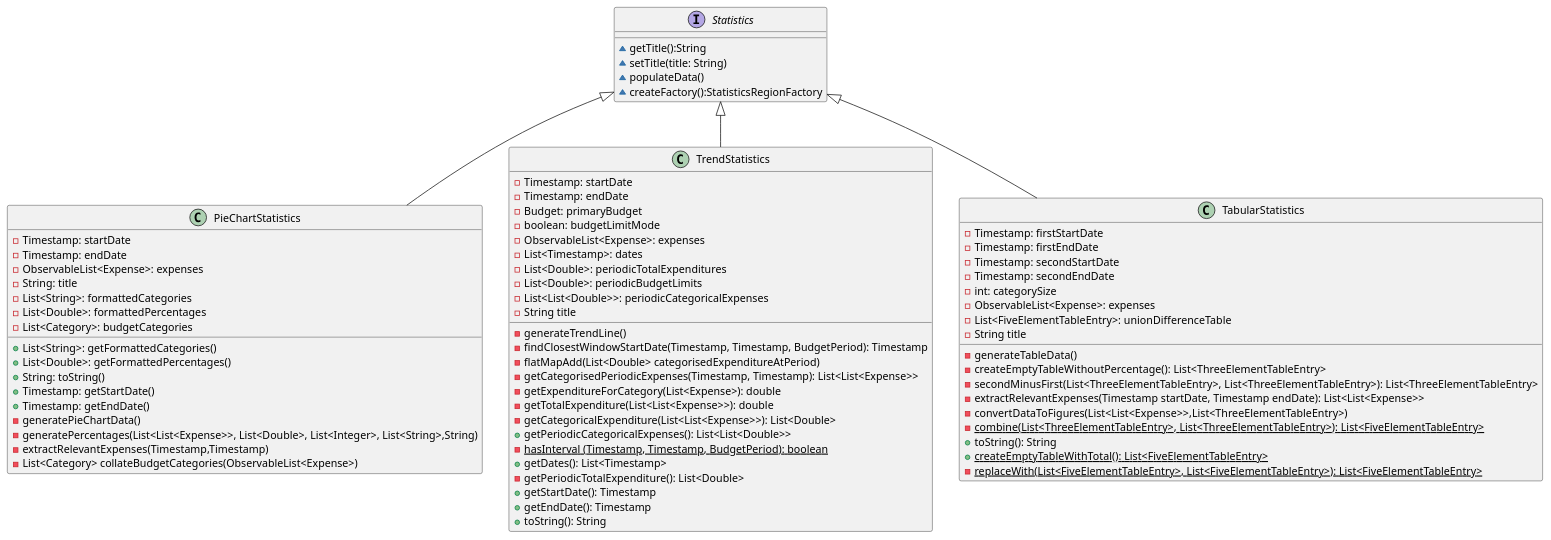
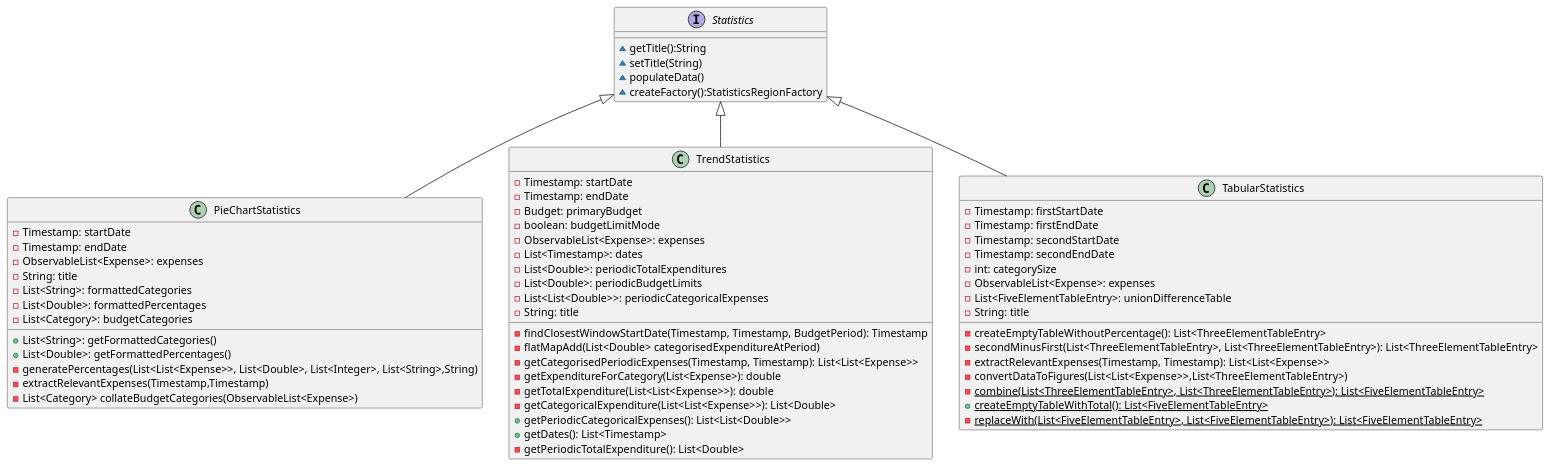
One commit to nus-cs2103-AY1920S1/addressbook-level3 changed the diagram in docs/diagrams/StatisticsClassDiagram.puml. Above: the diagram before and after it, drawn with PlantUML. The commit also changed 8 other files, not shown here.

```diff
--- a/docs/diagrams/StatisticsClassDiagram.puml
+++ b/docs/diagrams/StatisticsClassDiagram.puml
@@ -1,98 +1,79 @@
 @startuml
 
 
 
 interface Statistics {
 ~getTitle():String
-~setTitle(title: String)
+~setTitle(String)
 ~populateData()
 ~createFactory():StatisticsRegionFactory
 }
 
 
 
 class PieChartStatistics {
 -Timestamp: startDate
 -Timestamp: endDate
 -ObservableList<Expense>: expenses
 -String: title
 -List<String>: formattedCategories
 -List<Double>: formattedPercentages
 -List<Category>: budgetCategories
 
 +List<String>: getFormattedCategories()
 +List<Double>: getFormattedPercentages()
-+String: toString()
-+Timestamp: getStartDate()
-+Timestamp: getEndDate()
--generatePieChartData()
 -generatePercentages(List<List<Expense>>, List<Double>, List<Integer>, List<String>,String)
 -extractRelevantExpenses(Timestamp,Timestamp)
 -List<Category> collateBudgetCategories(ObservableList<Expense>)
 }
 
 
 
 
 class TrendStatistics {
 -Timestamp: startDate
 -Timestamp: endDate
 -Budget: primaryBudget
 -boolean: budgetLimitMode
 -ObservableList<Expense>: expenses
 -List<Timestamp>: dates
 -List<Double>: periodicTotalExpenditures
 -List<Double>: periodicBudgetLimits
 -List<List<Double>>: periodicCategoricalExpenses
--String title
+-String: title
 
--generateTrendLine()
 -findClosestWindowStartDate(Timestamp, Timestamp, BudgetPeriod): Timestamp
 -flatMapAdd(List<Double> categorisedExpenditureAtPeriod)
 -getCategorisedPeriodicExpenses(Timestamp, Timestamp): List<List<Expense>>
 -getExpenditureForCategory(List<Expense>): double
 -getTotalExpenditure(List<List<Expense>>): double
 -getCategoricalExpenditure(List<List<Expense>>): List<Double>
 +getPeriodicCategoricalExpenses(): List<List<Double>>
--{static} hasInterval (Timestamp, Timestamp, BudgetPeriod): boolean
 +getDates(): List<Timestamp>
 -getPeriodicTotalExpenditure(): List<Double>
-+ getStartDate(): Timestamp
-+getEndDate(): Timestamp
-+toString(): String
 }
 
 class TabularStatistics {
 -Timestamp: firstStartDate
 -Timestamp: firstEndDate
 -Timestamp: secondStartDate
 -Timestamp: secondEndDate
 -int: categorySize
 -ObservableList<Expense>: expenses
 -List<FiveElementTableEntry>: unionDifferenceTable
--String title
--generateTableData()
+-String: title
 -createEmptyTableWithoutPercentage(): List<ThreeElementTableEntry>
 -secondMinusFirst(List<ThreeElementTableEntry>, List<ThreeElementTableEntry>): List<ThreeElementTableEntry>
--extractRelevantExpenses(Timestamp startDate, Timestamp endDate): List<List<Expense>>
+-extractRelevantExpenses(Timestamp, Timestamp): List<List<Expense>>
 -convertDataToFigures(List<List<Expense>>,List<ThreeElementTableEntry>)
 -{static} combine(List<ThreeElementTableEntry>, List<ThreeElementTableEntry>): List<FiveElementTableEntry>
-+toString(): String
 +{static} createEmptyTableWithTotal(): List<FiveElementTableEntry>
 -{static} replaceWith(List<FiveElementTableEntry>, List<FiveElementTableEntry>): List<FiveElementTableEntry>
 }
-
-
-
-
-
-
 
 
 Statistics <|-- PieChartStatistics
 Statistics <|-- TabularStatistics
 Statistics <|-- TrendStatistics
 
-
-
 @enduml
```
